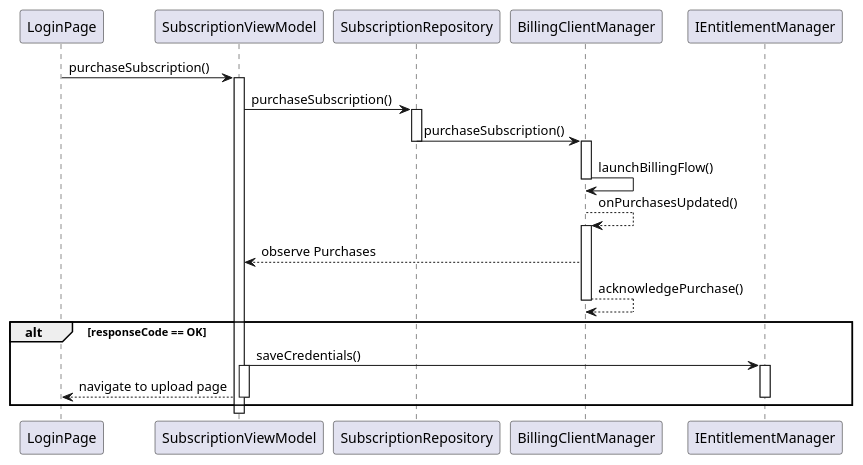
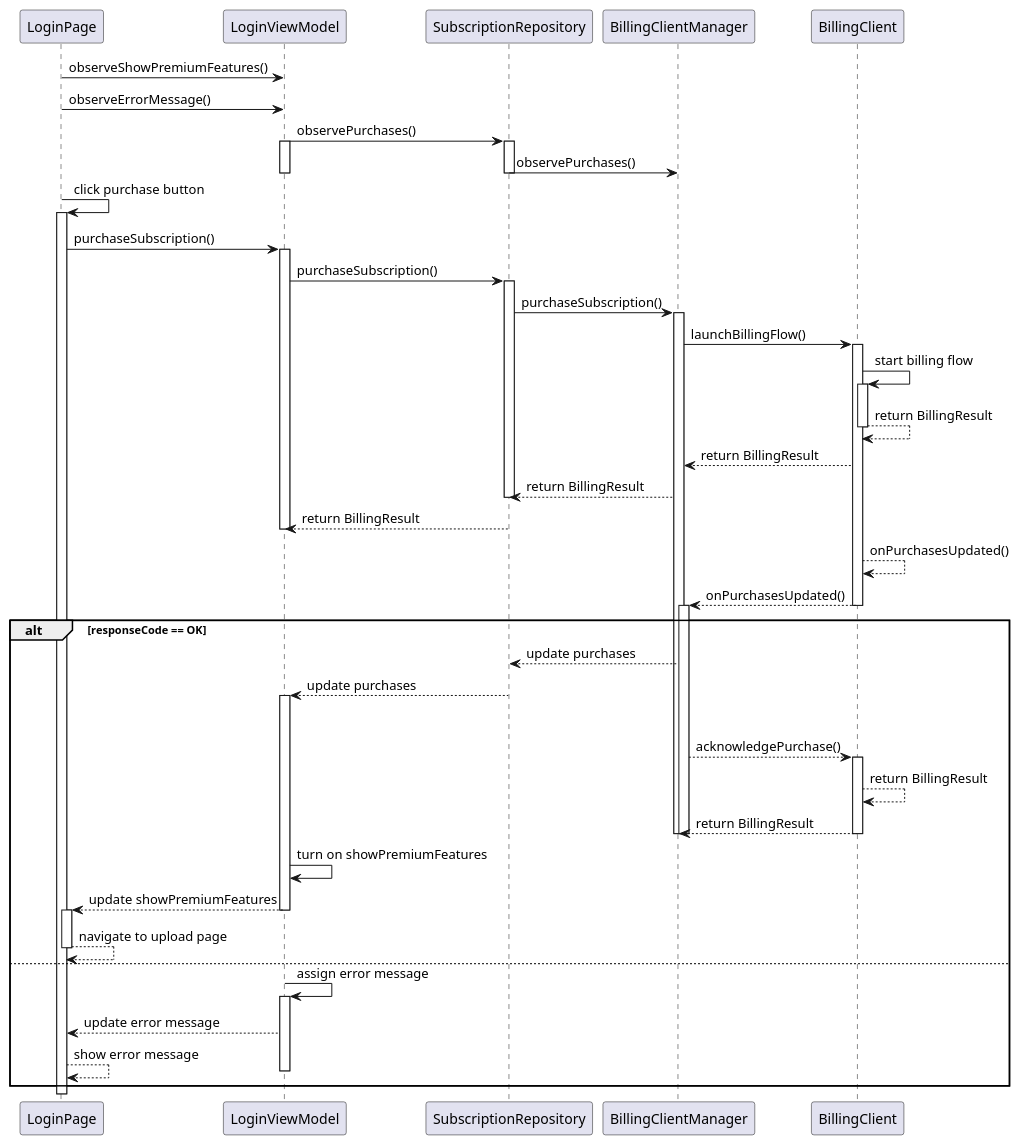
The diagram in app/src/main/java/com/pollyanna/pollycall/plantUML/PurchaseSequence.puml (pollyannagogolook/PollyCall), drawn with PlantUML before and after one commit. The commit also changed 5 other files, not shown here.

Commit message:
update uml

```diff
--- a/app/src/main/java/com/pollyanna/pollycall/plantUML/PurchaseSequence.puml
+++ b/app/src/main/java/com/pollyanna/pollycall/plantUML/PurchaseSequence.puml
@@ -1,34 +1,83 @@
 @startuml
 'https://plantuml.com/sequence-diagram
+'observe value
 
-LoginPage -> SubscriptionViewModel: purchaseSubscription()
+LoginPage -> LoginViewModel: observeShowPremiumFeatures()
+LoginPage -> LoginViewModel: observeErrorMessage()
+LoginViewModel -> SubscriptionRepository: observePurchases()
+activate LoginViewModel
+activate SubscriptionRepository
+SubscriptionRepository -> BillingClientManager: observePurchases()
+deactivate SubscriptionRepository
+deactivate LoginViewModel
+
+LoginPage -> LoginPage: click purchase button
+
+activate LoginPage
+LoginPage -> LoginViewModel: purchaseSubscription()
 
 
-activate SubscriptionViewModel
-SubscriptionViewModel -> SubscriptionRepository: purchaseSubscription()
+activate LoginViewModel
+LoginViewModel -> SubscriptionRepository: purchaseSubscription()
+
 activate SubscriptionRepository
 SubscriptionRepository -> BillingClientManager: purchaseSubscription()
+
+
+activate BillingClientManager
+BillingClientManager -> BillingClient: launchBillingFlow()
+
+
+
+activate BillingClient
+BillingClient -> BillingClient: start billing flow
+
+activate BillingClient
+BillingClient --> BillingClient: return BillingResult
+
+deactivate BillingClient
+BillingClient --> BillingClientManager: return BillingResult
+BillingClientManager --> SubscriptionRepository: return BillingResult
 deactivate SubscriptionRepository
+
+SubscriptionRepository --> LoginViewModel: return BillingResult
+deactivate LoginViewModel
+
+BillingClient --> BillingClient: onPurchasesUpdated()
+BillingClient --> BillingClientManager: onPurchasesUpdated()
+alt responseCode == OK
+deactivate BillingClient
 activate BillingClientManager
-BillingClientManager -> BillingClientManager: launchBillingFlow()
-deactivate BillingClientManager
 
-BillingClientManager --> BillingClientManager: onPurchasesUpdated()
-activate BillingClientManager
-BillingClientManager -->  SubscriptionViewModel: observe Purchases
+BillingClientManager -->  SubscriptionRepository: update purchases
+
+SubscriptionRepository --> LoginViewModel: update purchases
+activate LoginViewModel
 deactivate SubscriptionRepository
-BillingClientManager --> BillingClientManager: acknowledgePurchase()
-deactivate BillingClientManager
+BillingClientManager --> BillingClient: acknowledgePurchase()
+activate BillingClient
+BillingClient --> BillingClient: return BillingResult
+BillingClient --> BillingClientManager: return BillingResult
 
-alt responseCode == OK
+    deactivate BillingClient
+    deactivate BillingClientManager
+    deactivate BillingClientManager
+    LoginViewModel -> LoginViewModel: turn on showPremiumFeatures
+    LoginViewModel --> LoginPage:  update showPremiumFeatures
+    deactivate LoginViewModel
+    activate LoginPage
+    LoginPage --> LoginPage: navigate to upload page
+    deactivate LoginPage
+    deactivate LoginViewModel
 
-    SubscriptionViewModel -> IEntitlementManager: saveCredentials()
-    activate SubscriptionViewModel
-    activate IEntitlementManager
-    SubscriptionViewModel --> LoginPage: navigate to upload page
-    deactivate IEntitlementManager
-    deactivate SubscriptionViewModel
+else
+LoginViewModel -> LoginViewModel:  assign error message
+activate LoginViewModel
+LoginViewModel --> LoginPage: update error message
+LoginPage--> LoginPage: show error message
+deactivate LoginViewModel
+
 end
 
 
 @enduml
```
